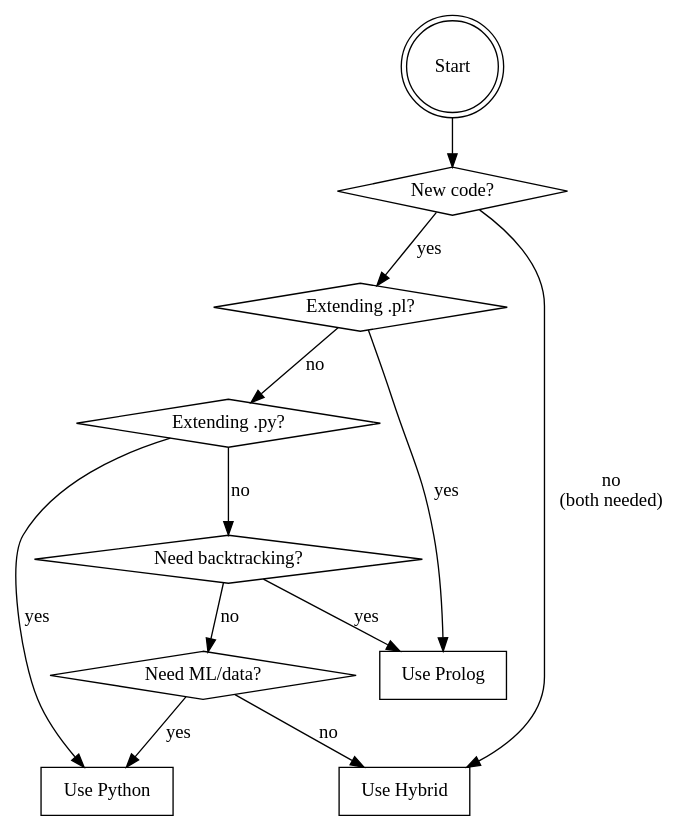
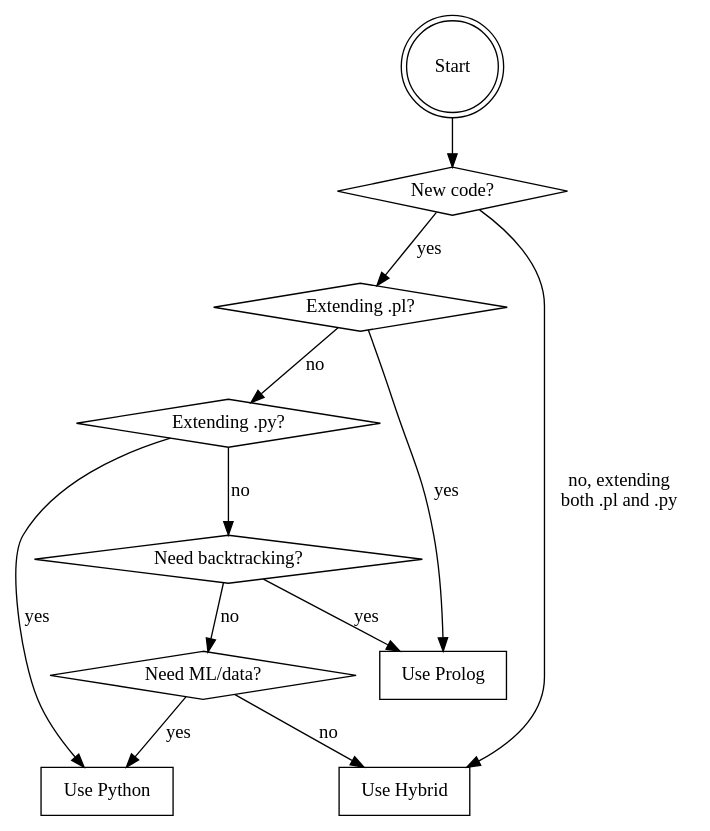
The second of 3 diagrams in skills/using-superpowers/SKILL.md (Punkwe1ght/superpowers), drawn with Graphviz before and after one commit. The commit also changed 2 other files, not shown here.

Commit message:
Fix remaining style issues from senior code review
- janus-reverse-engineering: Sync incompatible/2 to declarative style, clarify 2+ unknown params
- janus_re.pl: Add mode declarations for all helper predicates, add ground guard to missing_hash_call
- using-superpowers: Clarify edge label for hybrid mode selection

🤖 Generated with [Claude Code](https://claude.com/claude-code)

````diff
--- a/skills/using-superpowers/SKILL.md
+++ b/skills/using-superpowers/SKILL.md
@@ -48,27 +48,27 @@
 ```dot
 digraph language_selection {
     "Start" [shape=doublecircle];
     "New code?" [shape=diamond];
     "Extending .pl?" [shape=diamond];
     "Extending .py?" [shape=diamond];
     "Need backtracking?" [shape=diamond];
     "Need ML/data?" [shape=diamond];
 
     "Use Prolog" [shape=box];
     "Use Python" [shape=box];
     "Use Hybrid" [shape=box];
 
     "Start" -> "New code?";
     "New code?" -> "Extending .pl?" [label="yes"];
     "Extending .pl?" -> "Use Prolog" [label="yes"];
     "Extending .pl?" -> "Extending .py?" [label="no"];
     "Extending .py?" -> "Use Python" [label="yes"];
     "Extending .py?" -> "Need backtracking?" [label="no"];
     "Need backtracking?" -> "Use Prolog" [label="yes"];
     "Need backtracking?" -> "Need ML/data?" [label="no"];
     "Need ML/data?" -> "Use Python" [label="yes"];
     "Need ML/data?" -> "Use Hybrid" [label="no"];
 
-    "New code?" -> "Use Hybrid" [label="no\n(both needed)"];
+    "New code?" -> "Use Hybrid" [label="no, extending\nboth .pl and .py"];
 }
 ```
````
